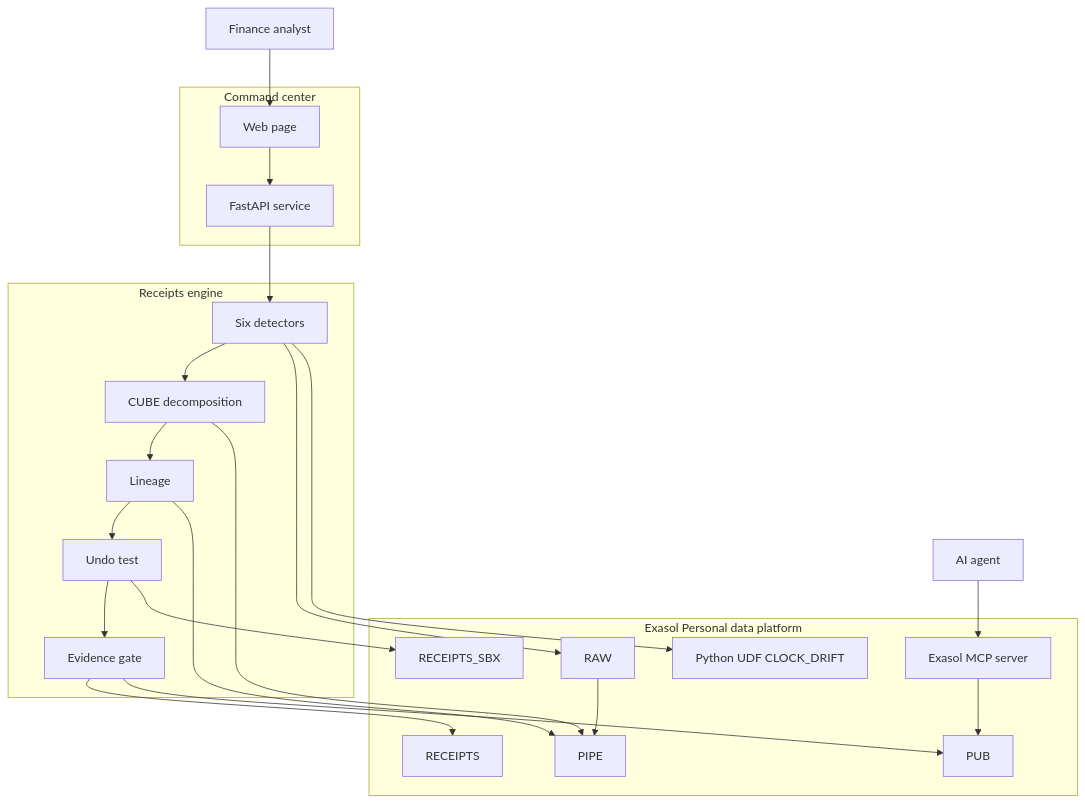
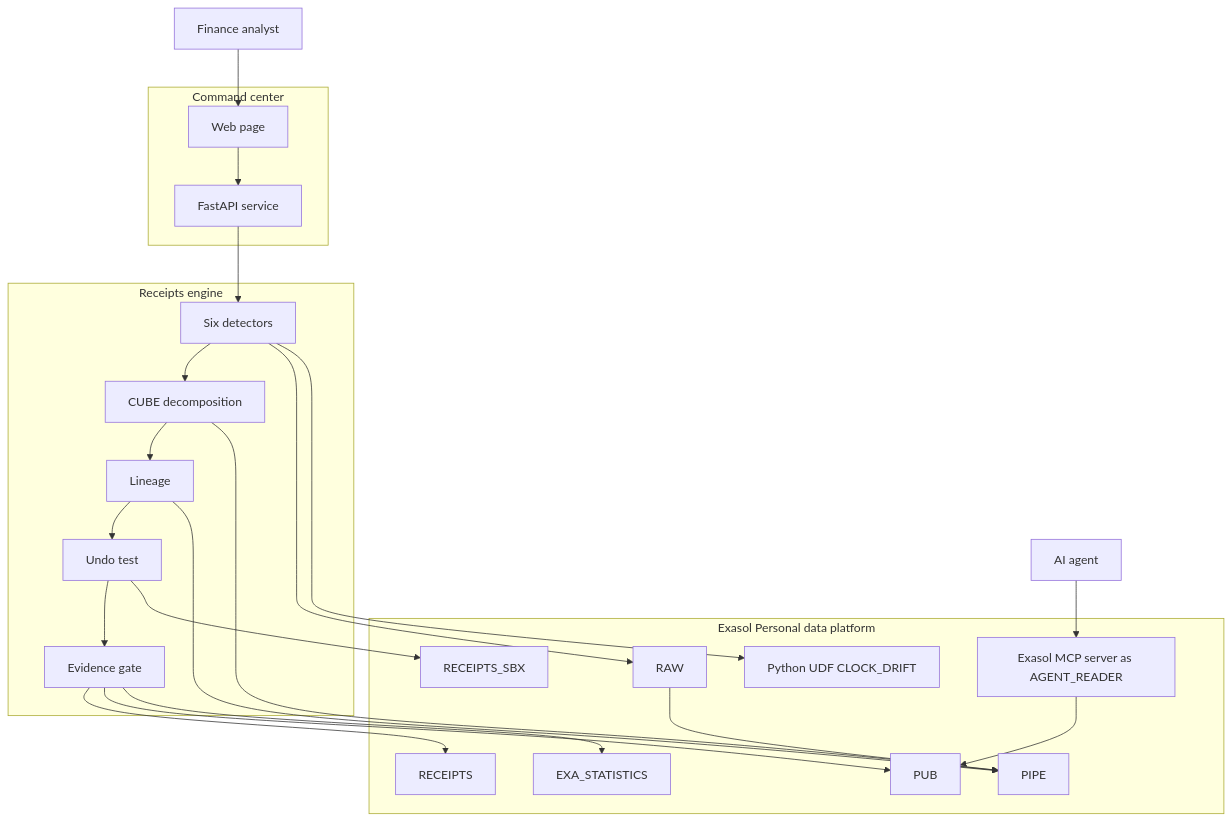
The first of 5 diagrams in README.md (AakashMutum/receipts), drawn with Mermaid before and after one commit. The commit also changed other lines of this file and 10 other files, not shown here.

````diff
--- a/README.md
+++ b/README.md
@@ -117,42 +212,44 @@
 ```mermaid
 graph TB
     analyst[Finance analyst]
     agent[AI agent]
     subgraph center[Command center]
         web[Web page]
         api[FastAPI service]
     end
     subgraph engine[Receipts engine]
         det[Six detectors]
         cube[CUBE decomposition]
         lin[Lineage]
         undo[Undo test]
         gate[Evidence gate]
     end
     subgraph exasol[Exasol Personal data platform]
         raw[RAW]
         pipe[PIPE]
         sbx[RECEIPTS_SBX]
         rec[RECEIPTS]
         pub[PUB]
         udf[Python UDF CLOCK_DRIFT]
-        mcp[Exasol MCP server]
+        stats[EXA_STATISTICS]
+        mcp[Exasol MCP server as AGENT_READER]
     end
     analyst --> web
     web --> api
     api --> det
     det --> cube
     cube --> lin
     lin --> undo
     undo --> gate
     raw --> pipe
     det --> raw
     det --> udf
     cube --> pipe
     lin --> pipe
     undo --> sbx
     gate --> rec
     gate --> pub
+    gate --> stats
     agent --> mcp
     mcp --> pub
 ```
````
